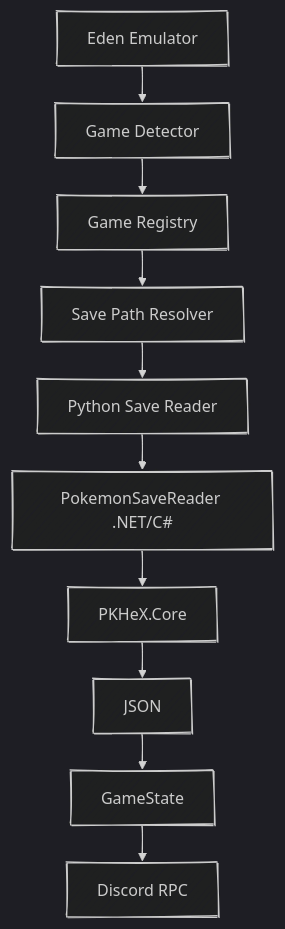
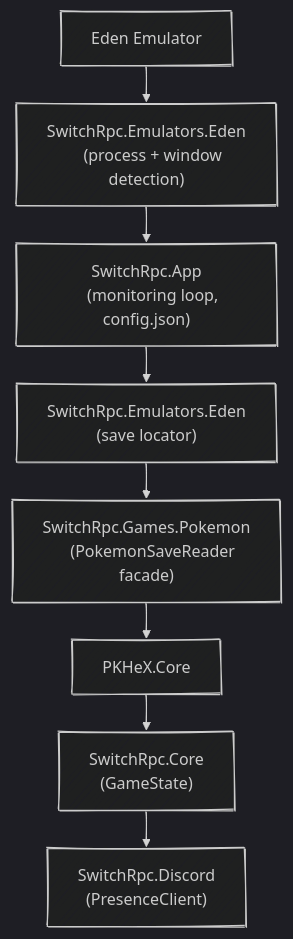
One commit to ramadhafidz/switch-rpc changed the diagram in README.md. Above: the diagram before and after it, drawn with Mermaid. The commit also changed other lines of this file and 13 other files, not shown here.

````diff
--- a/README.md
+++ b/README.md
@@ -82,18 +79,22 @@
 ```mermaid
 ---
 config:
   theme: dark
   look: handDrawn
   layout: elk
 ---
 flowchart TB
-    A["Eden Emulator"] --> n1["Game Detector"]
-    n1 --> n2["Game Registry"]
-    n2 --> n3["Save Path Resolver"]
-    n3 --> n4["Python Save Reader"]
-    n4 --> n5["PokemonSaveReader .NET/C#"]
-    n5 --> n6["PKHeX.Core"]
-    n6 --> n7["JSON"]
-    n7 --> n8["GameState"]
-    n8 --> n9["Discord RPC"]
+    A["Eden Emulator"] --> n1["SwitchRpc.Emulators.Eden
+    (process + window detection)"]
+    n1 --> n2["SwitchRpc.App
+    (monitoring loop, config.json)"]
+    n2 --> n3["SwitchRpc.Emulators.Eden
+    (save locator)"]
+    n3 --> n4["SwitchRpc.Games.Pokemon
+    (PokemonSaveReader facade)"]
+    n4 --> n5["PKHeX.Core"]
+    n5 --> n6["SwitchRpc.Core
+    (GameState)"]
+    n6 --> n7["SwitchRpc.Discord
+    (PresenceClient)"]
 ```
````
